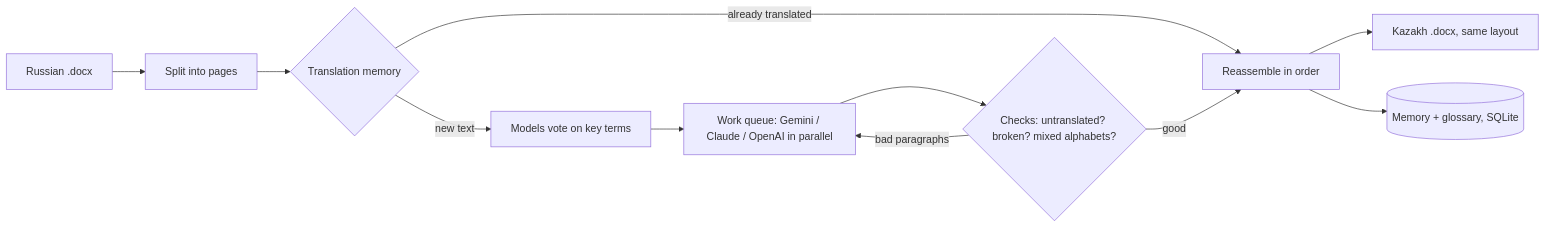
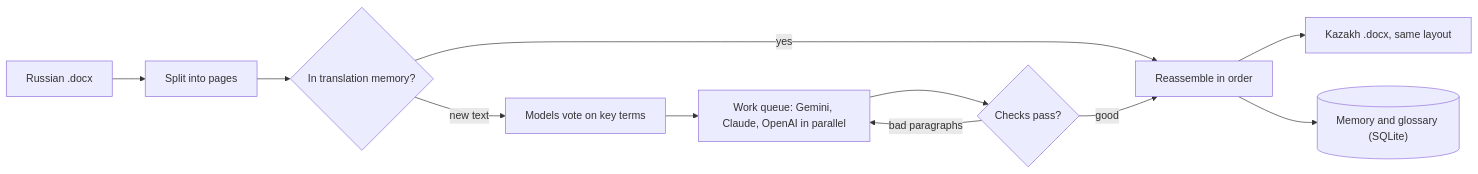
Before and after one commit to hFridayy/tezau: the diagram in README.md, drawn with Mermaid.

Commit message:
README: fix the flow diagram

````diff
--- a/README.md
+++ b/README.md
@@ -50,13 +50,13 @@
 ```mermaid
 flowchart LR
-    A[Russian .docx] --> B[Split into pages]
-    B --> C{Translation memory}
-    C -- already translated --> G
-    C -- new text --> D[Models vote on key terms]
-    D --> E[Work queue: Gemini / Claude / OpenAI in parallel]
-    E --> F{Checks: untranslated? broken? mixed alphabets?}
-    F -- bad paragraphs --> E
-    F -- good --> G[Reassemble in order]
-    G --> H[Kazakh .docx, same layout]
-    G --> I[(Memory + glossary, SQLite)]
+    A["Russian .docx"] --> B["Split into pages"]
+    B --> C{"In translation memory?"}
+    C -->|"yes"| G["Reassemble in order"]
+    C -->|"new text"| D["Models vote on key terms"]
+    D --> E["Work queue: Gemini, Claude, OpenAI in parallel"]
+    E --> F{"Checks pass?"}
+    F -->|"bad paragraphs"| E
+    F -->|"good"| G
+    G --> H["Kazakh .docx, same layout"]
+    G --> I[("Memory and glossary (SQLite)")]
 ```
````
